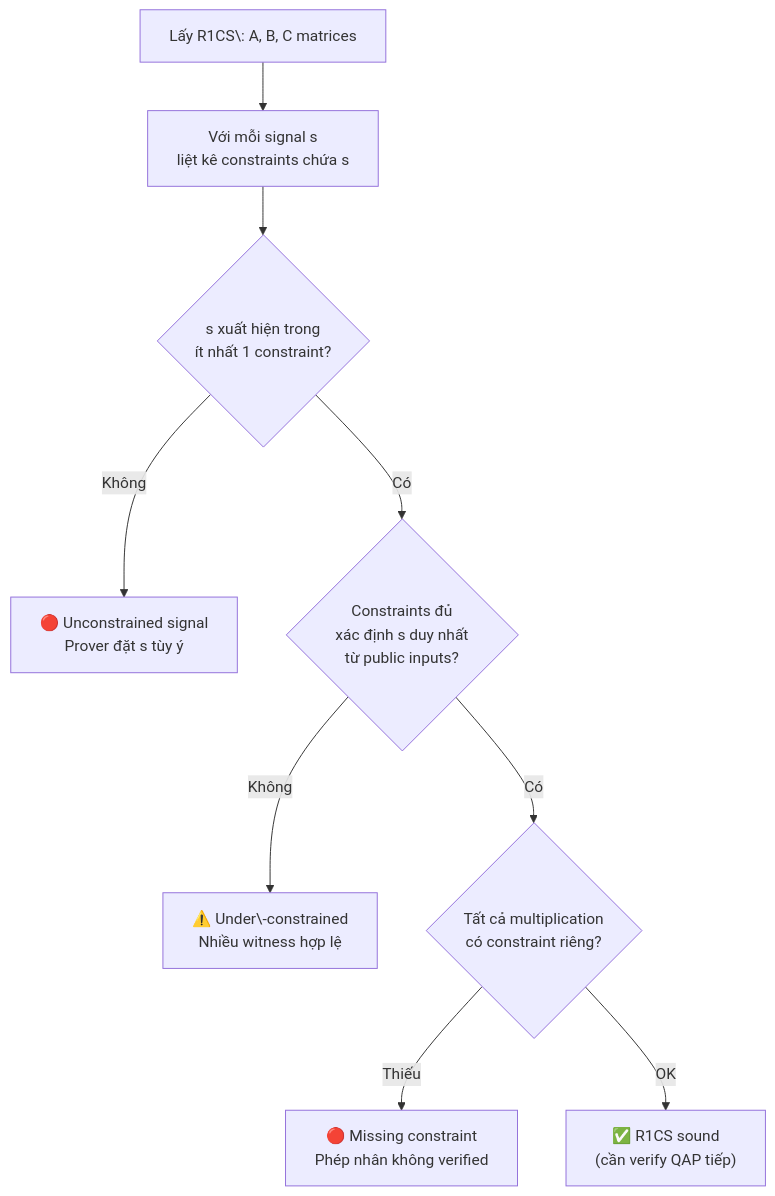
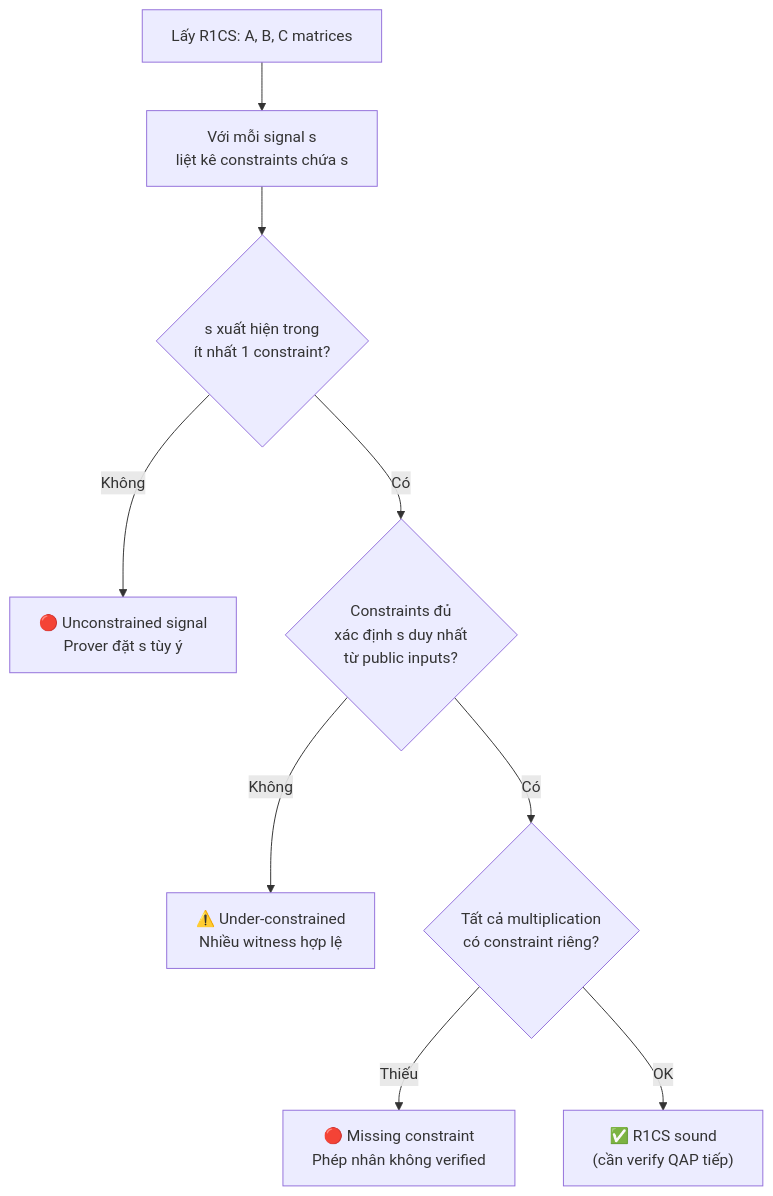
One commit to nhatminh65537/kitsu-quartz changed the second of 2 diagrams in content/zkverify-series/arithmetic-circuits/08-r1cs-soundness-completeness.md. Above: the diagram before and after it, drawn with Mermaid. The commit also changed other lines of this file and 127 other files, not shown here.

````diff
--- a/content/zkverify-series/arithmetic-circuits/08-r1cs-soundness-completeness.md
+++ b/content/zkverify-series/arithmetic-circuits/08-r1cs-soundness-completeness.md
@@ -221,11 +221,11 @@
 ```mermaid
 flowchart TD
-    A["Lấy R1CS\: A, B, C matrices"] --> B["Với mỗi signal s<br>liệt kê constraints chứa s"]
+    A["Lấy R1CS: A, B, C matrices"] --> B["Với mỗi signal s<br>liệt kê constraints chứa s"]
     B --> C{"s xuất hiện trong<br>ít nhất 1 constraint?"}
     C -->|"Không"| D["🔴 Unconstrained signal<br>Prover đặt s tùy ý"]
     C -->|"Có"| E{"Constraints đủ<br>xác định s duy nhất<br>từ public inputs?"}
-    E -->|"Không"| F["⚠️ Under\-constrained<br>Nhiều witness hợp lệ"]
+    E -->|"Không"| F["⚠️ Under-constrained<br>Nhiều witness hợp lệ"]
     E -->|"Có"| G{"Tất cả multiplication<br>có constraint riêng?"}
     G -->|"Thiếu"| H["🔴 Missing constraint<br>Phép nhân không verified"]
     G -->|"OK"| I["✅ R1CS sound<br>(cần verify QAP tiếp)"]
 ```
````
